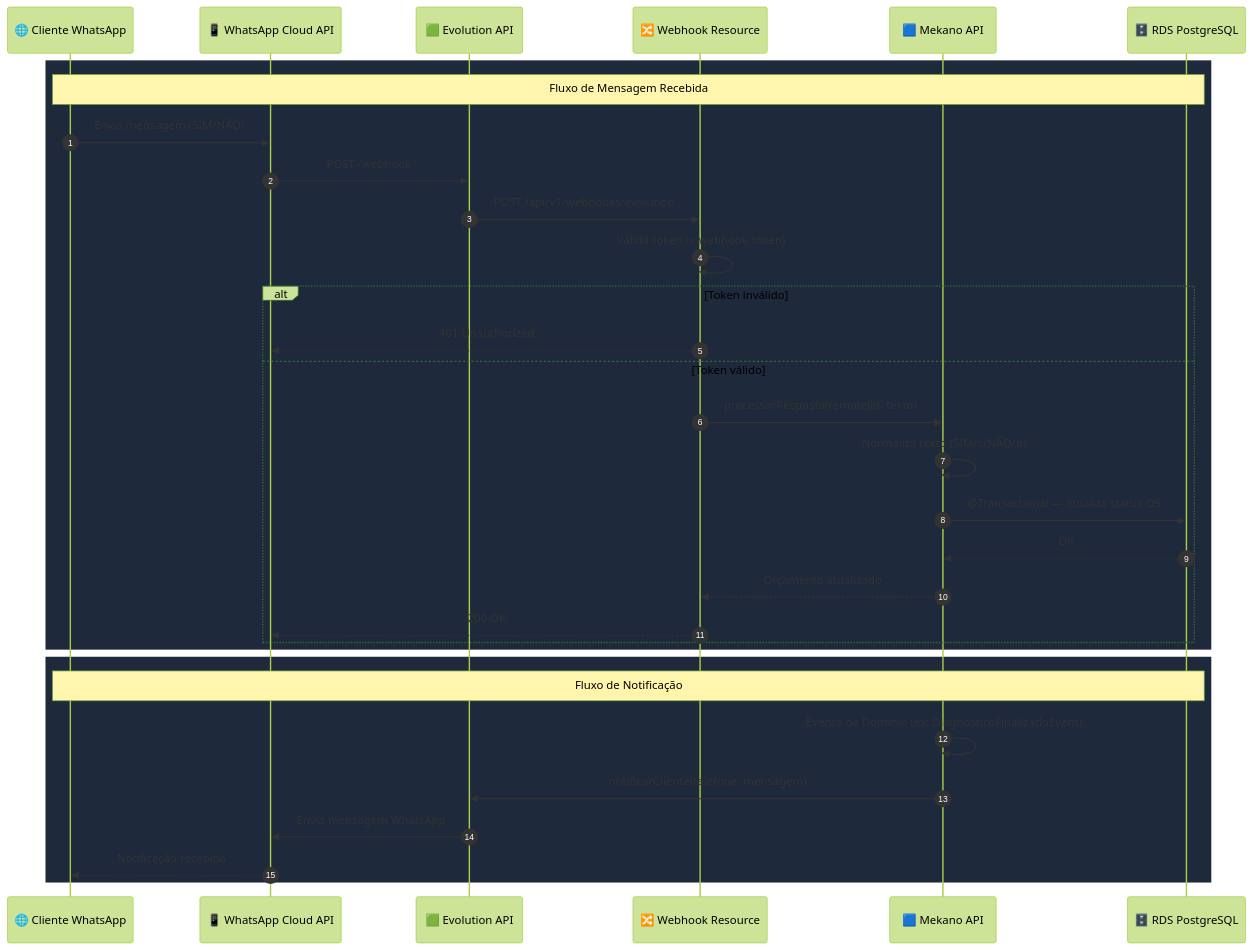
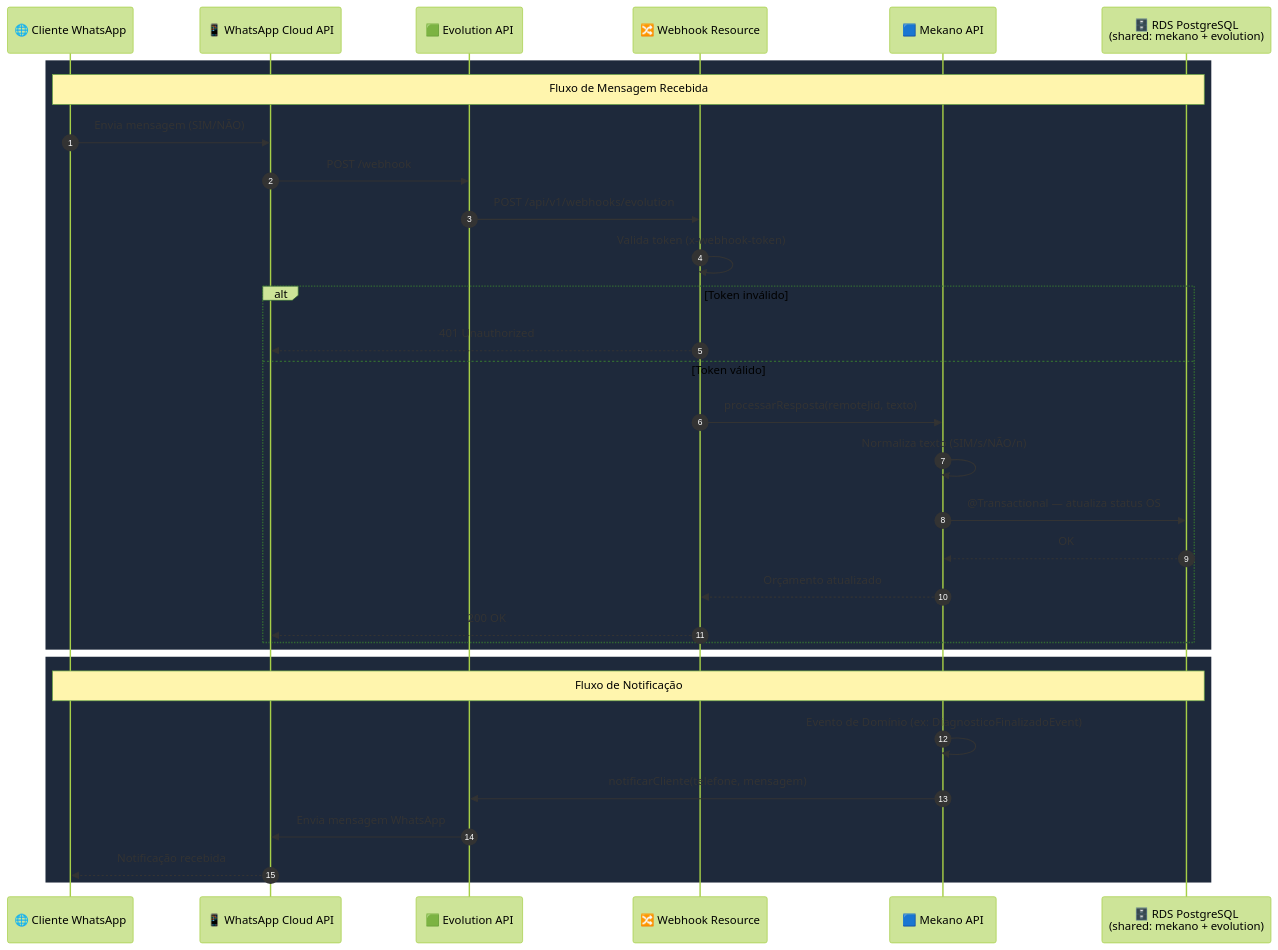
Before and after one commit to FIAP-SOFTWARE-ARCHITECTURE-TEAM/Mekano-API: the second of 3 diagrams in docs/aws-infrastructure/global-scope-architecture.md, drawn with Mermaid (forest theme). The commit also changed other lines of this file and 1 other file, not shown here.

Commit message:
feat: update VPC and global architecture diagrams for shared database integration

````diff
--- a/docs/aws-infrastructure/global-scope-architecture.md
+++ b/docs/aws-infrastructure/global-scope-architecture.md
@@ -98,36 +92,36 @@
 ```mermaid
 sequenceDiagram
     autonumber
     participant C as 🌐 Cliente WhatsApp
     participant WA as 📱 WhatsApp Cloud API
     participant EVO as 🟩 Evolution API
     participant MW as 🔀 Webhook Resource
     participant API as 🟦 Mekano API
-    participant DB as 🗄️ RDS PostgreSQL
+    participant DB as 🗄️ RDS PostgreSQL<br/>(shared: mekano + evolution)
 
     rect rgb(30, 41, 59)
         Note over C, DB: Fluxo de Mensagem Recebida
         C->>WA: Envia mensagem (SIM/NÃO)
         WA->>EVO: POST /webhook
         EVO->>MW: POST /api/v1/webhooks/evolution
         MW->>MW: Valida token (x-webhook-token)
         alt Token inválido
             MW-->>WA: 401 Unauthorized
         else Token válido
             MW->>API: processarResposta(remoteJid, texto)
             API->>API: Normaliza texto (SIM/s/NÃO/n)
             API->>DB: @Transactional — atualiza status OS
             DB-->>API: OK
             API-->>MW: Orçamento atualizado
             MW-->>WA: 200 OK
         end
     end
 
     rect rgb(30, 41, 59)
         Note over C, DB: Fluxo de Notificação
         API->>API: Evento de Domínio (ex: DiagnosticoFinalizadoEvent)
         API->>EVO: notificarCliente(telefone, mensagem)
         EVO->>WA: Envia mensagem WhatsApp
         WA-->>C: Notificação recebida
     end
 ```
````
